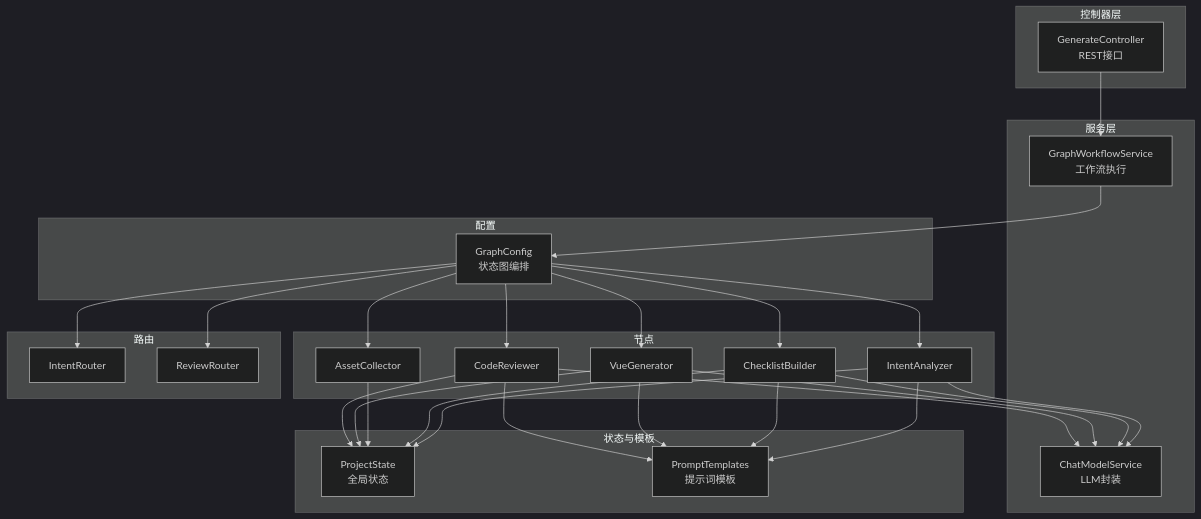
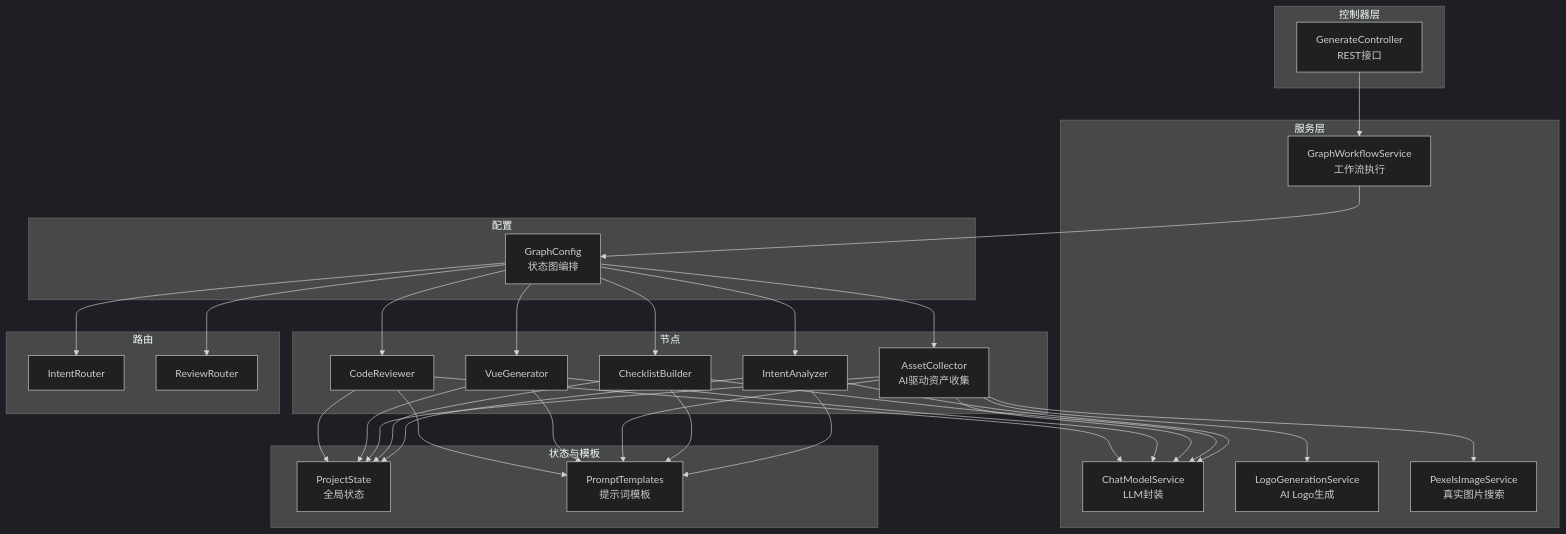
One commit to CyanYuKi/WebSiteFrontendCodeMother changed the first of 10 diagrams in .qoder/repowiki/zh/content/AI工作流系统/AI节点分析/AI节点分析.md. Above: the diagram before and after it, drawn with Mermaid (dark theme). The commit also changed other lines of this file and 16 other files, not shown here.

````diff
--- a/.qoder/repowiki/zh/content/AI工作流系统/AI节点分析/AI节点分析.md
+++ b/.qoder/repowiki/zh/content/AI工作流系统/AI节点分析/AI节点分析.md
@@ -54,50 +64,56 @@
 ```mermaid
 graph TB
 subgraph "控制器层"
 C["GenerateController<br/>REST接口"]
 end
 subgraph "服务层"
 S1["GraphWorkflowService<br/>工作流执行"]
 S2["ChatModelService<br/>LLM封装"]
+LG["LogoGenerationService<br/>AI Logo生成"]
+PI["PexelsImageService<br/>真实图片搜索"]
 end
 subgraph "状态与模板"
 ST["ProjectState<br/>全局状态"]
 PT["PromptTemplates<br/>提示词模板"]
 end
 subgraph "节点"
 N1["IntentAnalyzer"]
 N2["ChecklistBuilder"]
-N3["AssetCollector"]
+N3["AssetCollector<br/>AI驱动资产收集"]
 N4["VueGenerator"]
 N5["CodeReviewer"]
 end
 subgraph "路由"
 R1["IntentRouter"]
 R2["ReviewRouter"]
 end
 subgraph "配置"
 G["GraphConfig<br/>状态图编排"]
 end
 C --> S1
 S1 --> G
 G --> N1
 G --> N2
 G --> N3
 G --> N4
 G --> N5
 N1 --> S2
 N2 --> S2
+N3 --> S2
+N3 --> LG
+N3 --> PI
 N4 --> S2
 N5 --> S2
 N1 --> PT
 N2 --> PT
+N3 --> PT
 N4 --> PT
 N5 --> PT
 N1 --> ST
 N2 --> ST
 N3 --> ST
 N4 --> ST
 N5 --> ST
 G --> R1
 G --> R2
 ```
````
